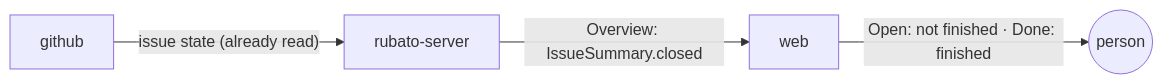
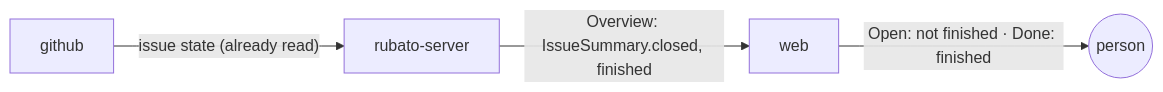
The diagram in docs/plans/265.md (m0x6A/rubato), drawn with Mermaid before and after one commit. The commit also changed other lines of this file and 1 other file, not shown here.

First line of the commit message:
Plan #265: the server decides finished; only a fresh working session holds a closed issue open

````diff
--- a/docs/plans/265.md
+++ b/docs/plans/265.md
@@ -165,6 +166,6 @@
 ```mermaid
 flowchart LR
   github -- "issue state (already read)" --> server[rubato-server]
-  server -- "Overview: IssueSummary.closed" --> web
+  server -- "Overview: IssueSummary.closed, finished" --> web
   web -- "Open: not finished · Done: finished" --> person((person))
 ```
````
